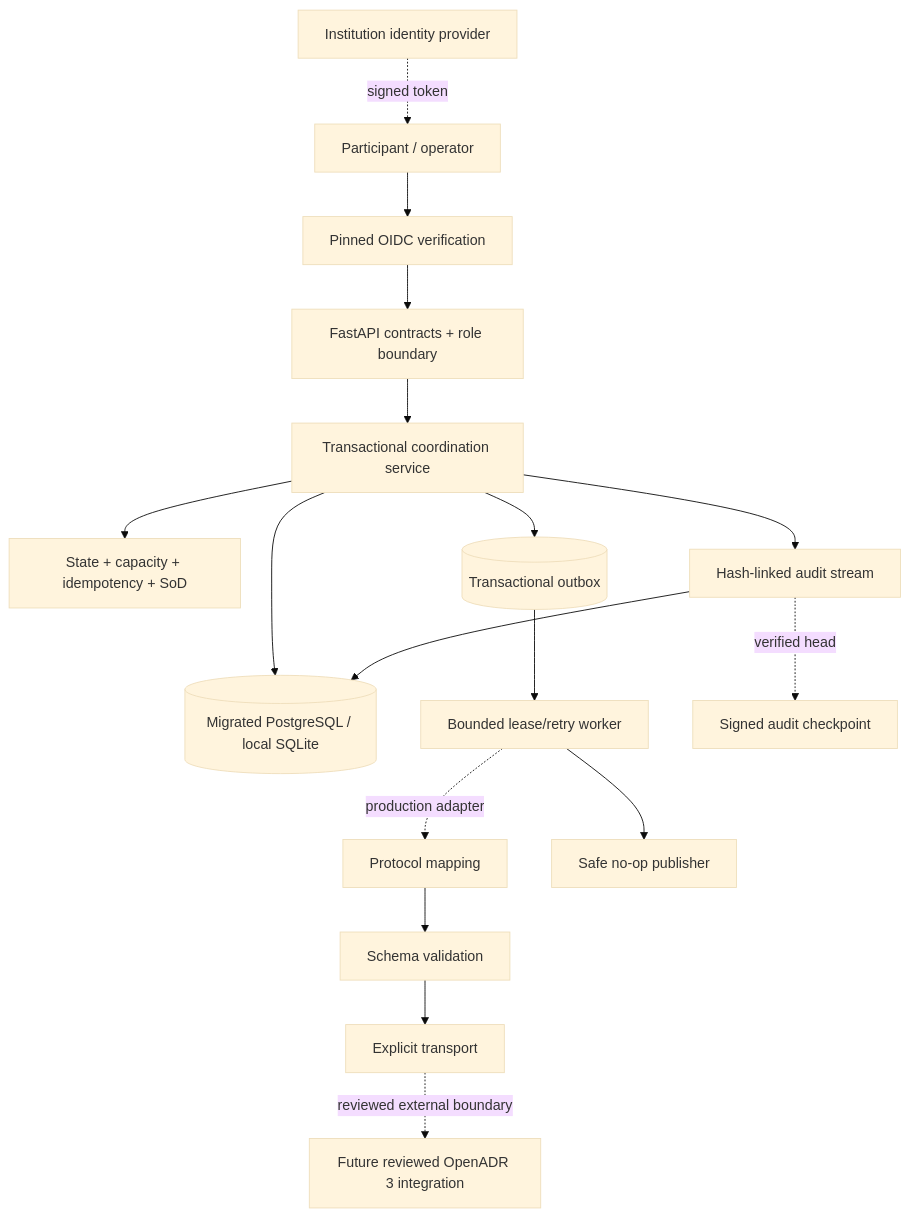
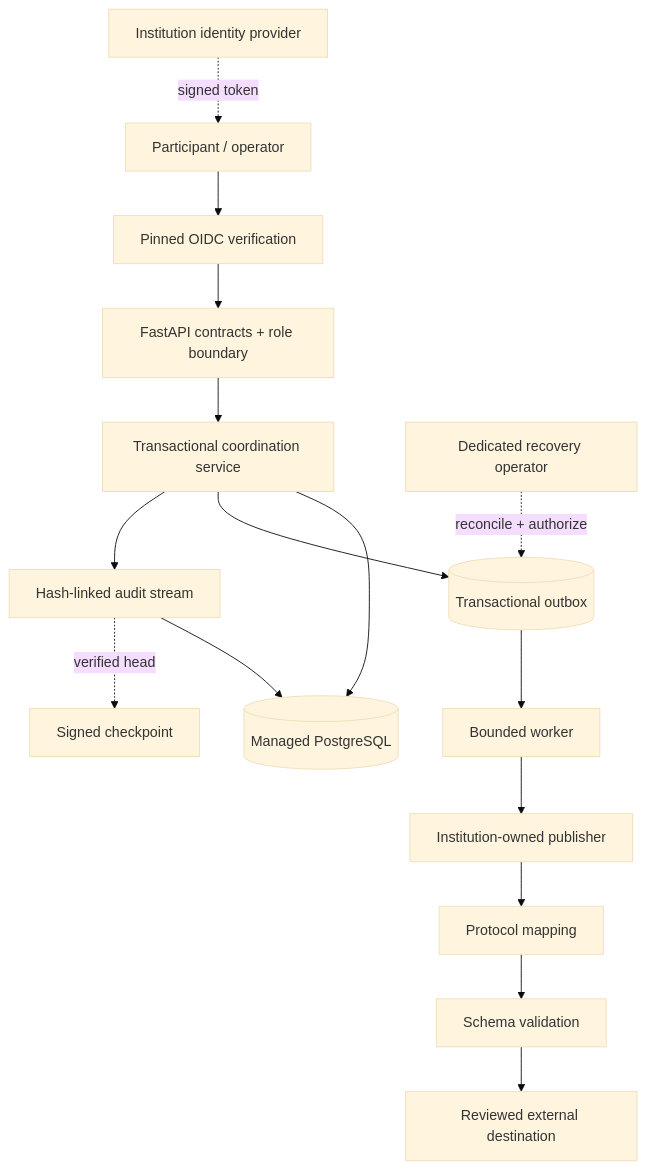
One commit to bilgekayali/energy-flex-trust-platform changed the second of 2 diagrams in README.md. Above: the diagram before and after it, drawn with Mermaid (base theme). The commit also changed other lines of this file and 37 other files, not shown here.

````diff
--- a/README.md
+++ b/README.md
@@ -191,31 +175,26 @@
 ```mermaid
 flowchart TB
     IdP[Institution identity provider]
     Client[Participant / operator]
     Auth[Pinned OIDC verification]
     API[FastAPI contracts + role boundary]
     Service[Transactional coordination service]
-    Policy[State + capacity + idempotency + SoD]
-    DB[(Migrated PostgreSQL / local SQLite)]
+    DB[(Managed PostgreSQL)]
     Outbox[(Transactional outbox)]
-    Worker[Bounded lease/retry worker]
+    Worker[Bounded worker]
+    Publisher[Institution-owned publisher]
     Mapper[Protocol mapping]
     Validator[Schema validation]
-    Transport[Explicit transport]
-    Noop[Safe no-op publisher]
-    Future[Future reviewed OpenADR 3 integration]
+    External[Reviewed external destination]
     Audit[Hash-linked audit stream]
-    Checkpoint[Signed audit checkpoint]
+    Checkpoint[Signed checkpoint]
+    Recovery[Dedicated recovery operator]
 
     IdP -. signed token .-> Client
-    Client --> Auth --> API --> Service
-    Service --> Policy
-    Service --> DB
+    Client --> Auth --> API --> Service --> DB
     Service --> Outbox
     Service --> Audit --> DB
     Audit -. verified head .-> Checkpoint
-    Outbox --> Worker
-    Worker --> Noop
-    Worker -. production adapter .-> Mapper --> Validator --> Transport
-    Transport -. reviewed external boundary .-> Future
+    Outbox --> Worker --> Publisher --> Mapper --> Validator --> External
+    Recovery -. reconcile + authorize .-> Outbox
 ```
````
